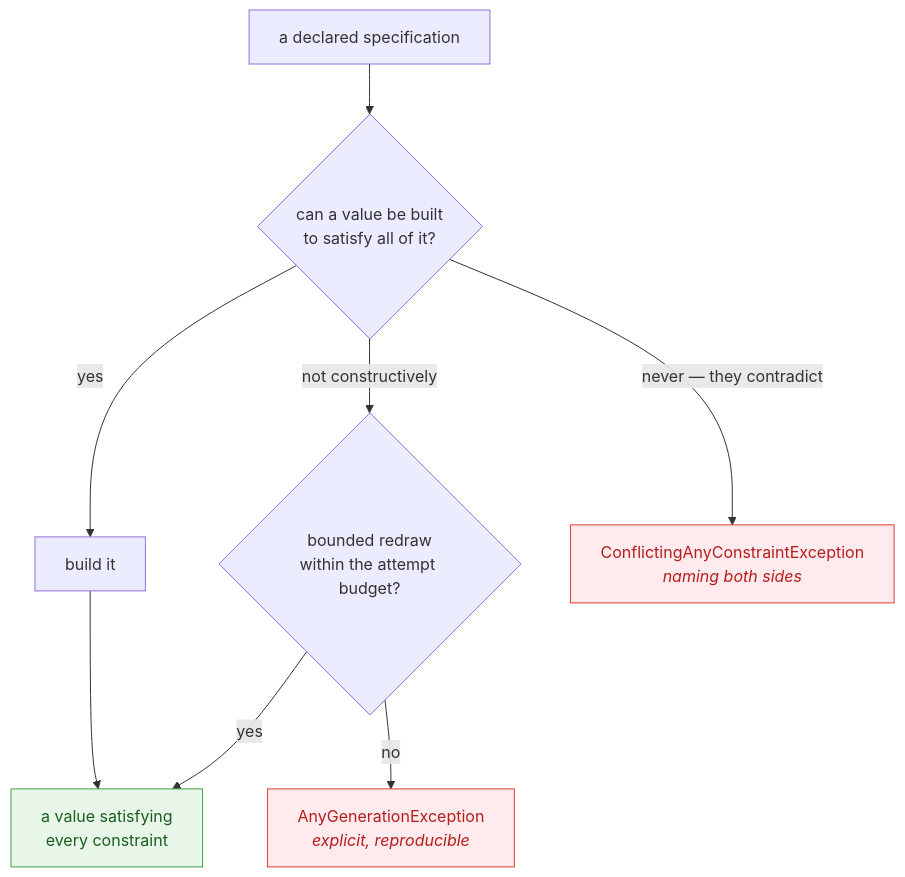
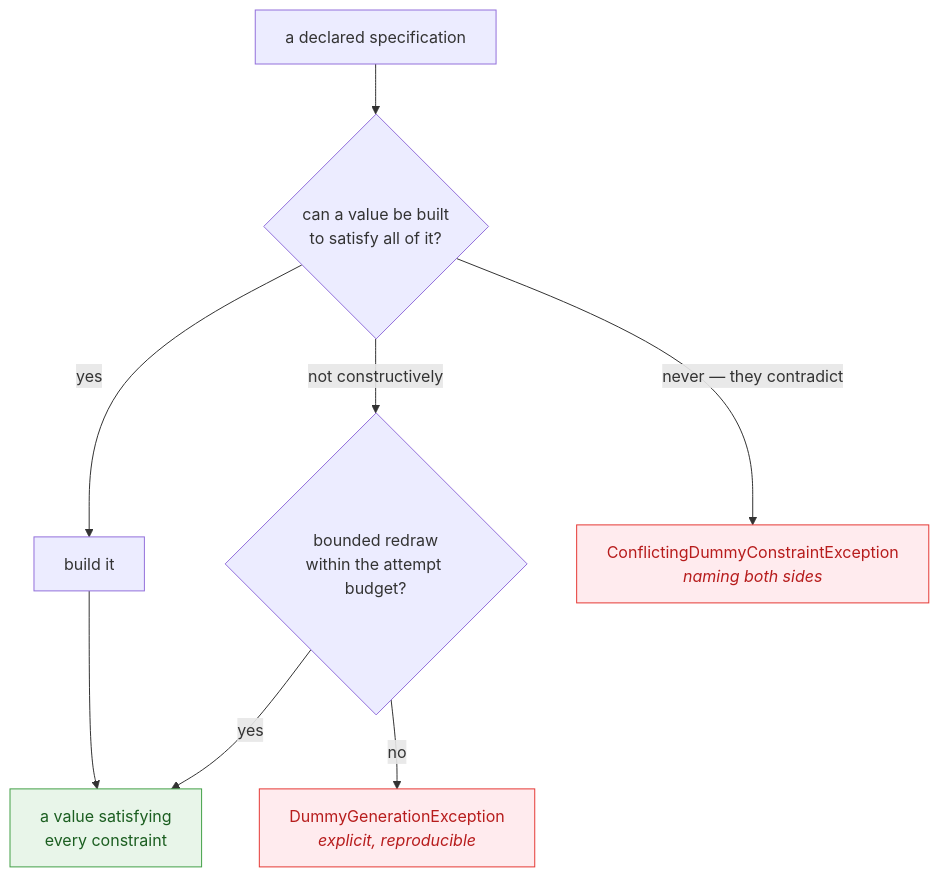
Before and after one commit to Reefact/just-dummies: the diagram in doc/handwritten/for-users/guides/design-principles.en.md, drawn with Mermaid. The commit also changed other lines of this file and 755 other files, not shown here.

````diff
--- a/doc/handwritten/for-users/guides/design-principles.en.md
+++ b/doc/handwritten/for-users/guides/design-principles.en.md
@@ -45,14 +45,14 @@
 ```mermaid
 flowchart TD
     accTitle: What the generator attempts, and where it refuses
-    accDescr: A declared specification is asked whether a value can be built to satisfy all of it. Yes builds it, giving a value satisfying every constraint. Not constructively goes to a bounded redraw, which reaches that same value within the attempt budget and raises an explicit, reproducible AnyGenerationException beyond it. Constraints that can never be satisfied together raise a ConflictingAnyConstraintException naming both sides.
+    accDescr: A declared specification is asked whether a value can be built to satisfy all of it. Yes builds it, giving a value satisfying every constraint. Not constructively goes to a bounded redraw, which reaches that same value within the attempt budget and raises an explicit, reproducible DummyGenerationException beyond it. Constraints that can never be satisfied together raise a ConflictingDummyConstraintException naming both sides.
     S["a declared specification"] --> Q{"can a value be built<br/>to satisfy all of it?"}
     Q -->|yes| B["build it"] --> V["a value satisfying<br/>every constraint"]
     Q -->|"not constructively"| R{"bounded redraw<br/>within the attempt budget?"}
     R -->|yes| V
-    R -->|no| F["AnyGenerationException<br/><i>explicit, reproducible</i>"]
-    Q -->|"never — they contradict"| C["ConflictingAnyConstraintException<br/><i>naming both sides</i>"]
+    R -->|no| F["DummyGenerationException<br/><i>explicit, reproducible</i>"]
+    Q -->|"never — they contradict"| C["ConflictingDummyConstraintException<br/><i>naming both sides</i>"]
     style V fill:#e8f5e9,stroke:#43a047,color:#1b5e20
     style F fill:#ffebee,stroke:#e53935,color:#b71c1c
     style C fill:#ffebee,stroke:#e53935,color:#b71c1c
 ```
````
